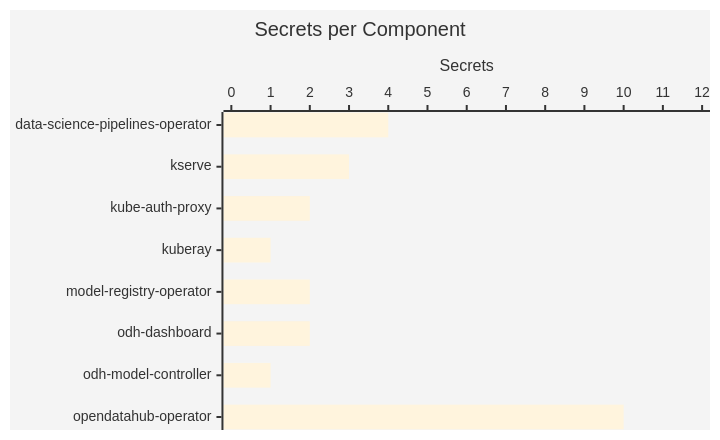
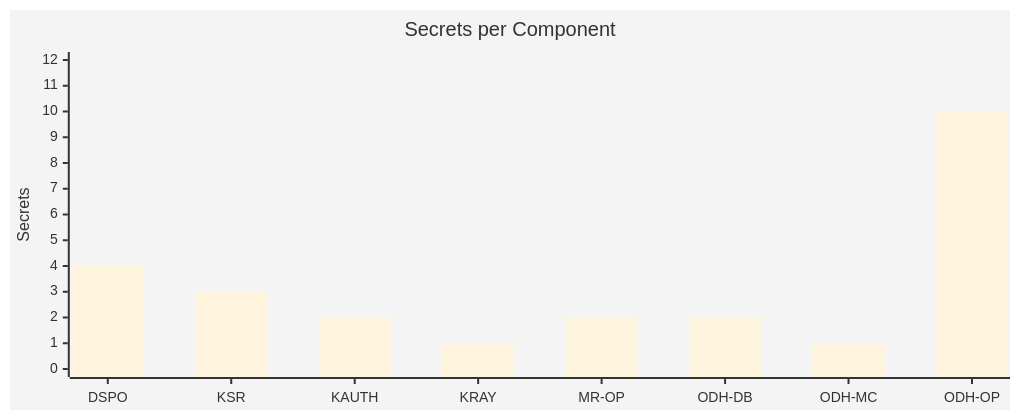
The diagram in docs/secrets-inventory.md (ugiordan/architecture-analyzer), drawn with Mermaid before and after one commit. The commit also changed other lines of this file and 8 other files, not shown here.

First line of the commit message:
fix: improve diagram UX with toolbar controls and readable bar charts

````diff
--- a/docs/secrets-inventory.md
+++ b/docs/secrets-inventory.md
@@ -7,8 +7,8 @@
 ```mermaid
-%%{init: {'theme': 'base', 'themeVariables': {'fontSize': '12px'}, 'xyChart': {'width': 700, 'height': 420}}}%%
-xychart-beta horizontal
+%%{init: {'theme': 'base', 'themeVariables': {'fontSize': '12px'}, 'xyChart': {'width': 1000, 'height': 400, 'plotReservedSpacePercent': 60}}}%%
+xychart-beta
     title "Secrets per Component"
-    x-axis ["data-science-pipelines-operator", "kserve", "kube-auth-proxy", "kuberay", "model-registry-operator", "odh-dashboard", "odh-model-controller", "opendatahub-operator"]
+    x-axis ["DSPO", "KSR", "KAUTH", "KRAY", "MR-OP", "ODH-DB", "ODH-MC", "ODH-OP"]
     y-axis "Secrets" 0 --> 12
     bar [4, 3, 2, 1, 2, 2, 1, 10]
 ```
````
